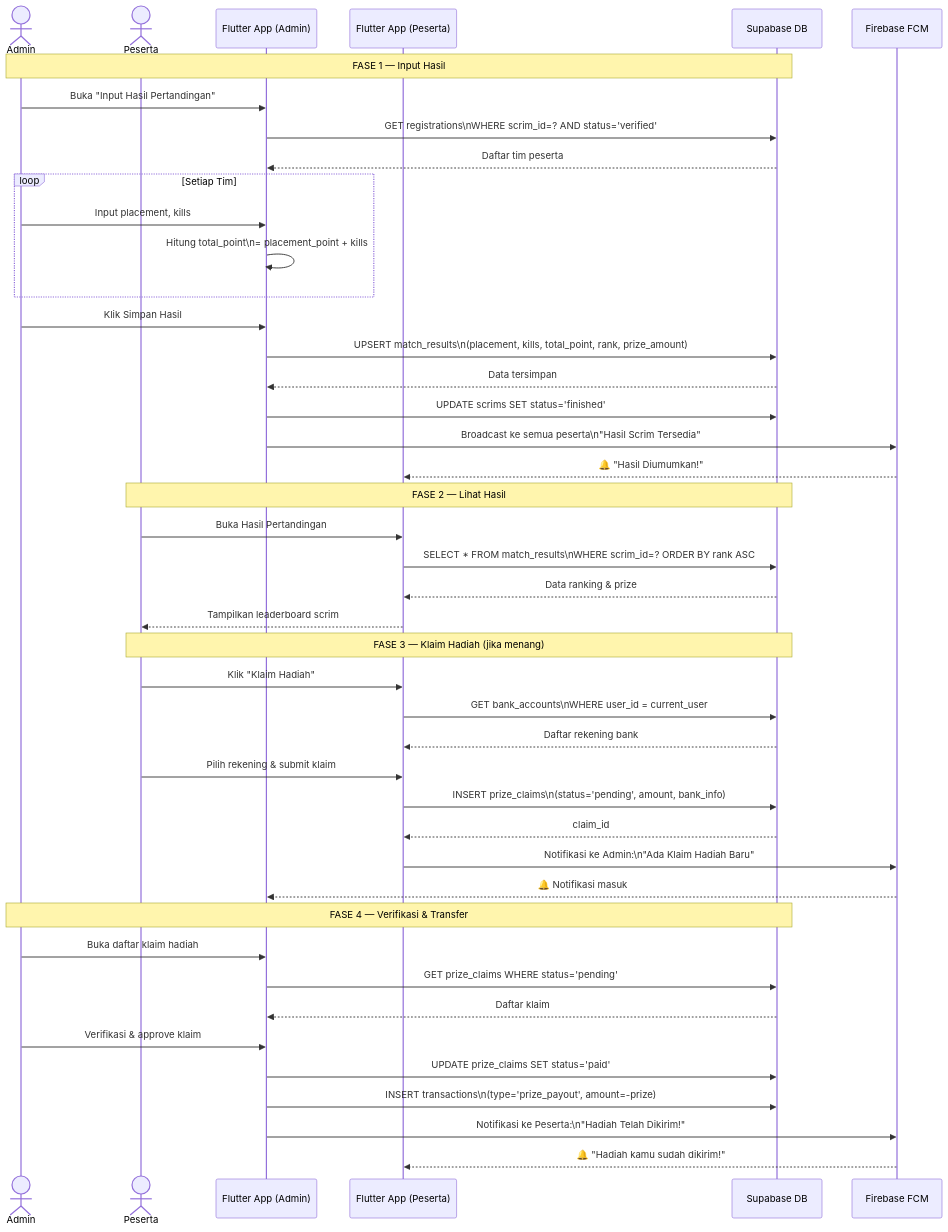
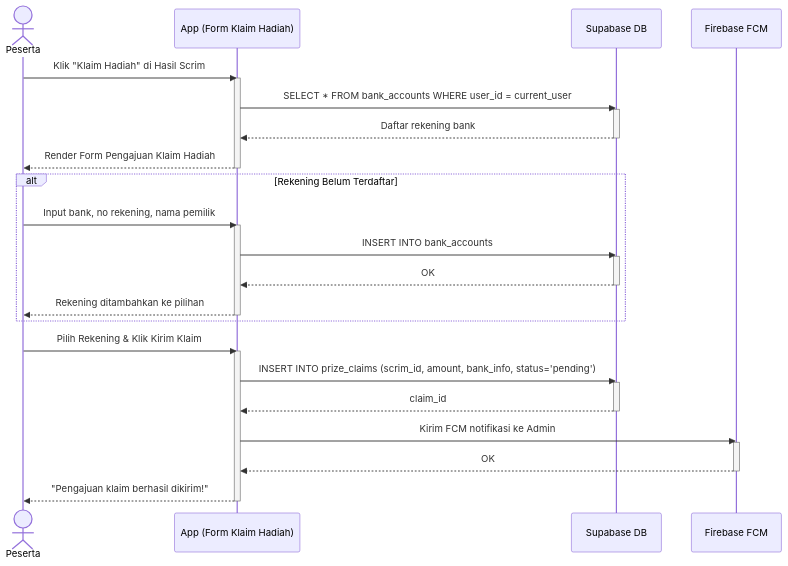
Diagram 32 of 47 in DOKUMENTASI.md (yosima050/booyahhub), drawn with Mermaid before and after one commit. The commit also changed other lines of this file, not shown here.

Commit message:
docs: update user flow documentation with expanded process steps and refined sequence diagrams

````diff
--- a/DOKUMENTASI.md
+++ b/DOKUMENTASI.md
@@ -1040,56 +1186,40 @@
 ```mermaid
 sequenceDiagram
-    actor Admin
     actor Peserta
-    participant AdminApp as Flutter App (Admin)
-    participant PesertaApp as Flutter App (Peserta)
+    participant App as App (Form Klaim Hadiah)
     participant DB as Supabase DB
     participant FCM as Firebase FCM
 
-    Note over Admin,DB: FASE 1 — Input Hasil
-    Admin->>AdminApp: Buka "Input Hasil Pertandingan"
-    AdminApp->>DB: GET registrations\nWHERE scrim_id=? AND status='verified'
-    DB-->>AdminApp: Daftar tim peserta
+    Peserta->>App: Klik "Klaim Hadiah" di Hasil Scrim
+    activate App
+    App->>DB: SELECT * FROM bank_accounts WHERE user_id = current_user
+    activate DB
+    DB-->>App: Daftar rekening bank
+    deactivate DB
+    App-->>Peserta: Render Form Pengajuan Klaim Hadiah
+    deactivate App
 
-    loop Setiap Tim
-        Admin->>AdminApp: Input placement, kills
-        AdminApp->>AdminApp: Hitung total_point\n= placement_point + kills
+    alt Rekening Belum Terdaftar
+        Peserta->>App: Input bank, no rekening, nama pemilik
+        activate App
+        App->>DB: INSERT INTO bank_accounts
+        activate DB
+        DB-->>App: OK
+        deactivate DB
+        App-->>Peserta: Rekening ditambahkan ke pilihan
+        deactivate App
     end
 
-    Admin->>AdminApp: Klik Simpan Hasil
-    AdminApp->>DB: UPSERT match_results\n(placement, kills, total_point, rank, prize_amount)
-    DB-->>AdminApp: Data tersimpan
-
-    AdminApp->>DB: UPDATE scrims SET status='finished'
-    AdminApp->>FCM: Broadcast ke semua peserta\n"Hasil Scrim Tersedia"
-    FCM-->>PesertaApp: 🔔 "Hasil Diumumkan!"
-
-    Note over Peserta,DB: FASE 2 — Lihat Hasil
-    Peserta->>PesertaApp: Buka Hasil Pertandingan
-    PesertaApp->>DB: SELECT * FROM match_results\nWHERE scrim_id=? ORDER BY rank ASC
-    DB-->>PesertaApp: Data ranking & prize
-    PesertaApp-->>Peserta: Tampilkan leaderboard scrim
-
-    Note over Peserta,DB: FASE 3 — Klaim Hadiah (jika menang)
-    Peserta->>PesertaApp: Klik "Klaim Hadiah"
-    PesertaApp->>DB: GET bank_accounts\nWHERE user_id = current_user
-    DB-->>PesertaApp: Daftar rekening bank
-
-    Peserta->>PesertaApp: Pilih rekening & submit klaim
-    PesertaApp->>DB: INSERT prize_claims\n(status='pending', amount, bank_info)
-    DB-->>PesertaApp: claim_id
-
-    PesertaApp->>FCM: Notifikasi ke Admin:\n"Ada Klaim Hadiah Baru"
-    FCM-->>AdminApp: 🔔 Notifikasi masuk
-
-    Note over Admin,DB: FASE 4 — Verifikasi & Transfer
-    Admin->>AdminApp: Buka daftar klaim hadiah
-    AdminApp->>DB: GET prize_claims WHERE status='pending'
-    DB-->>AdminApp: Daftar klaim
-
-    Admin->>AdminApp: Verifikasi & approve klaim
-    AdminApp->>DB: UPDATE prize_claims SET status='paid'
-    AdminApp->>DB: INSERT transactions\n(type='prize_payout', amount=-prize)
-    AdminApp->>FCM: Notifikasi ke Peserta:\n"Hadiah Telah Dikirim!"
-    FCM-->>PesertaApp: 🔔 "Hadiah kamu sudah dikirim!"
+    Peserta->>App: Pilih Rekening & Klik Kirim Klaim
+    activate App
+    App->>DB: INSERT INTO prize_claims (scrim_id, amount, bank_info, status='pending')
+    activate DB
+    DB-->>App: claim_id
+    deactivate DB
+    App->>FCM: Kirim FCM notifikasi ke Admin
+    activate FCM
+    FCM-->>App: OK
+    deactivate FCM
+    App-->>Peserta: "Pengajuan klaim berhasil dikirim!"
+    deactivate App
 ```
````
